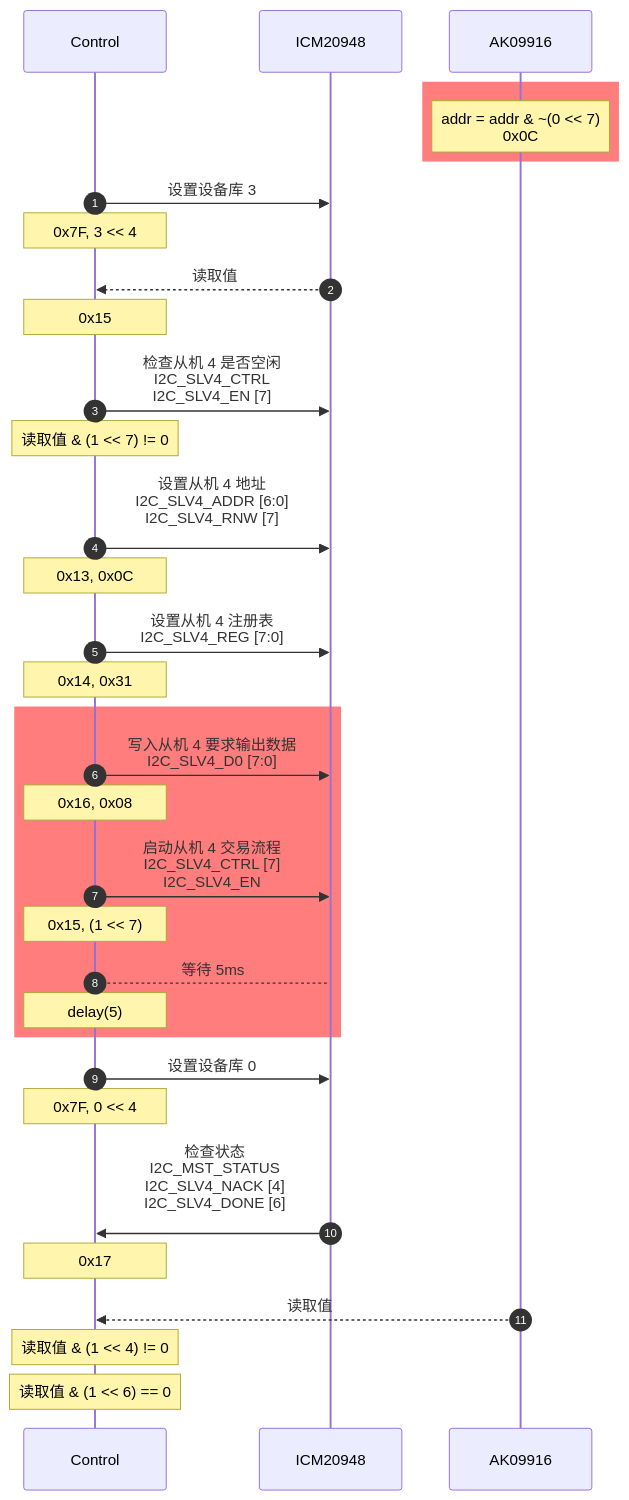
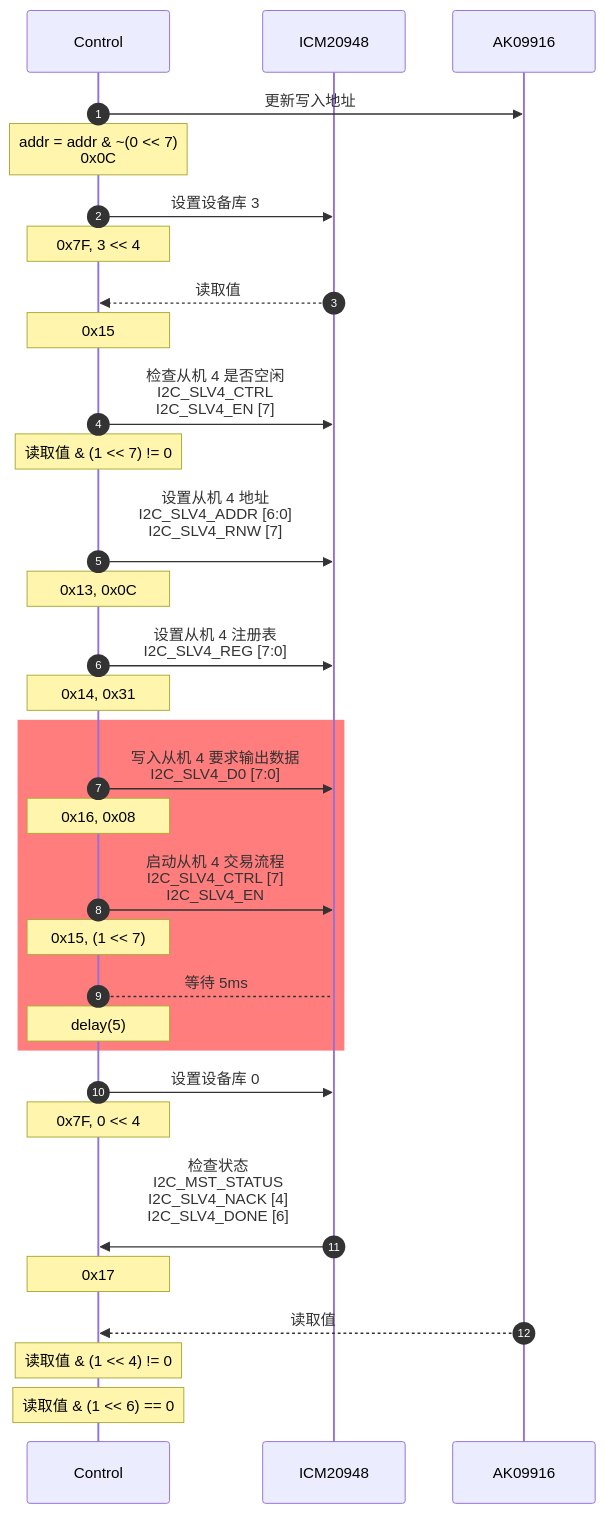
Before and after one commit to hkdickyko/hkdickyko.github.io: the fifth of 6 diagrams in _posts/2025-04-06-mdchart.md, drawn with Mermaid. The commit also changed other lines of this file, not shown here.

```diff
--- a/_posts/2025-04-06-mdchart.md
+++ b/_posts/2025-04-06-mdchart.md
@@ -316,35 +315,34 @@
 <div class="mermaid">
 sequenceDiagram;
    autonumber;
    participant C as Control;
    participant I as ICM20948;
    participant A as AK09916;
-   rect rgb(255,125,125);   
-   note over A: addr = addr & ~(0 << 7)<br/>0x0C;
-   end;
+   C->>A: 更新写入地址;
+   note over C: addr = addr & ~(0 << 7)<br/>0x0C;
    C->>I: 设置设备库 3;
    note over C: 0x7F, 3 << 4;
    I-->>C: 读取值;
    note over C: 0x15;   
    C->>I: 检查从机 4 是否空闲<br/>I2C_SLV4_CTRL<br/>I2C_SLV4_EN [7];
    note over C: 读取值 & (1 << 7) != 0;
    C->>I: 设置从机 4 地址<br/>I2C_SLV4_ADDR [6:0]<br/>I2C_SLV4_RNW [7]<br/>;
    note over C: 0x13, 0x0C;
    C->>I: 设置从机 4 注册表<br/>I2C_SLV4_REG [7:0];
    note over C: 0x14, 0x31;
    rect rgb(255,125,125);
    C->>I: 写入从机 4 要求输出数据<br/>I2C_SLV4_D0 [7:0];
    note over C: 0x16, 0x08;
    C->>I: 启动从机 4 交易流程<br/>I2C_SLV4_CTRL [7] <br/>I2C_SLV4_EN;
    note over C: 0x15, (1 << 7); 
    C-->I: 等待 5ms;
    note over C: delay(5);
    end;
    C->>I: 设置设备库 0;
    note over C: 0x7F, 0 << 4;
    I->>C: 检查状态<br/>I2C_MST_STATUS<br/>I2C_SLV4_NACK [4]<br/>I2C_SLV4_DONE [6]<br/>;
    note over C: 0x17;
    A-->>C: 读取值; 
    note over C: 读取值 & (1 << 4) != 0;
    note over C: 读取值 & (1 << 6) == 0;  
 </div>
```
